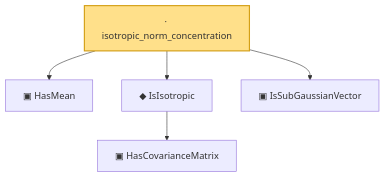
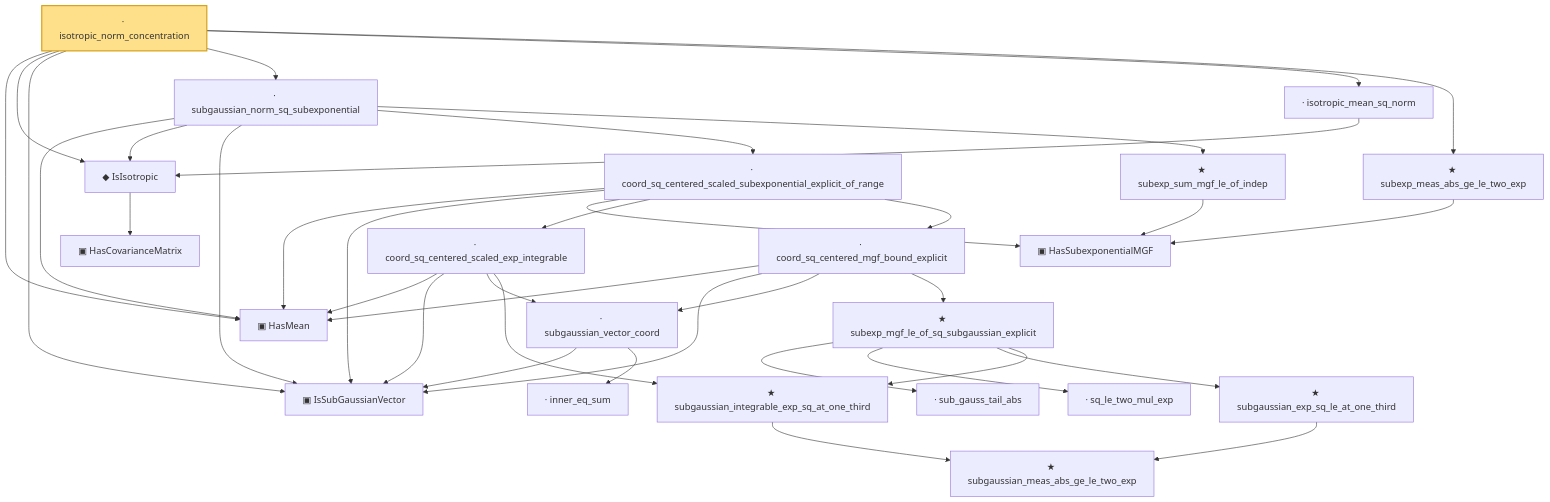
Before and after one commit to statopia/statlib-site: the diagram in public/narratives/HighDim/isotropic_norm_concentration.md, drawn with Mermaid. The commit also changed other lines of this file and 1165 other files, not shown here.

First line of the commit message:
feat: restructure to 6 pages + regenerate knowledge graph from main

````diff
--- a/public/narratives/HighDim/isotropic_norm_concentration.md
+++ b/public/narratives/HighDim/isotropic_norm_concentration.md
@@ -16,15 +32,63 @@
 ```mermaid
 flowchart TD
   n0["▣ HasMean"]
   n1["▣ HasCovarianceMatrix"]
   n2["◆ IsIsotropic"]
   n3["▣ IsSubGaussianVector"]
-  n4["· isotropic_norm_concentration"]
+  n4["▣ HasSubexponentialMGF"]
+  n5["· inner_eq_sum"]
+  n6["· subgaussian_vector_coord"]
+  n7["★ subgaussian_meas_abs_ge_le_two_exp"]
+  n8["★ subgaussian_integrable_exp_sq_at_one_third"]
+  n9["· coord_sq_centered_scaled_exp_integrable"]
+  n10["· sub_gauss_tail_abs"]
+  n11["· sq_le_two_mul_exp"]
+  n12["★ subgaussian_exp_sq_le_at_one_third"]
+  n13["★ subexp_mgf_le_of_sq_subgaussian_explicit"]
+  n14["· coord_sq_centered_mgf_bound_explicit"]
+  n15["· coord_sq_centered_scaled_subexponential_explicit_of_range"]
+  n16["★ subexp_sum_mgf_le_of_indep"]
+  n17["· subgaussian_norm_sq_subexponential"]
+  n18["· isotropic_mean_sq_norm"]
+  n19["★ subexp_meas_abs_ge_le_two_exp"]
+  n20["· isotropic_norm_concentration"]
   n2 --> n1
-  n4 --> n0
-  n4 --> n2
-  n4 --> n3
-  class n4 headline;
+  n6 --> n3
+  n6 --> n5
+  n8 --> n7
+  n9 --> n0
+  n9 --> n3
+  n9 --> n6
+  n9 --> n8
+  n12 --> n7
+  n13 --> n10
+  n13 --> n11
+  n13 --> n12
+  n13 --> n8
+  n14 --> n0
+  n14 --> n3
+  n14 --> n6
+  n14 --> n13
+  n15 --> n0
+  n15 --> n3
+  n15 --> n4
+  n15 --> n9
+  n15 --> n14
+  n16 --> n4
+  n17 --> n0
+  n17 --> n2
+  n17 --> n3
+  n17 --> n15
+  n17 --> n16
+  n18 --> n2
+  n19 --> n4
+  n20 --> n0
+  n20 --> n2
+  n20 --> n3
+  n20 --> n17
+  n20 --> n18
+  n20 --> n19
+  class n20 headline;
   classDef headline fill:#ffe08a,stroke:#d4a017,stroke-width:2px;
   classDef axiomNode fill:#ffd0d0,stroke:#c0392b,stroke-dasharray:4 2;
 ```
````
